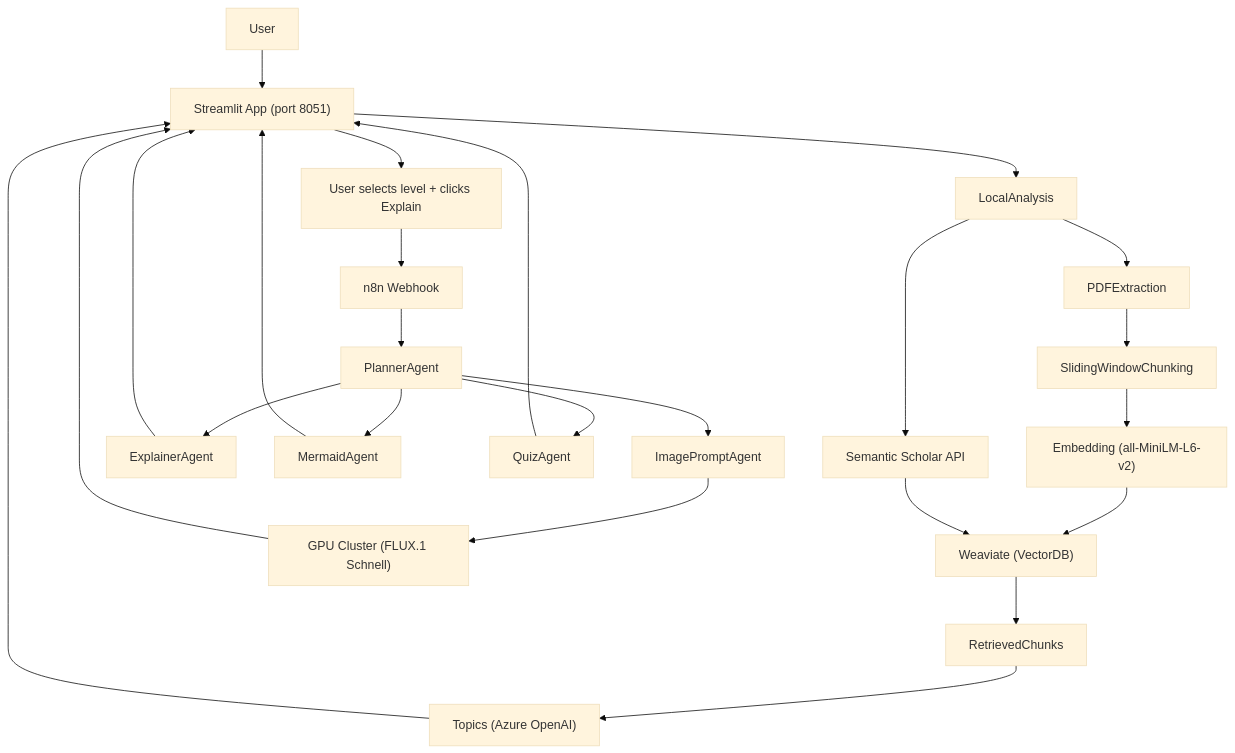
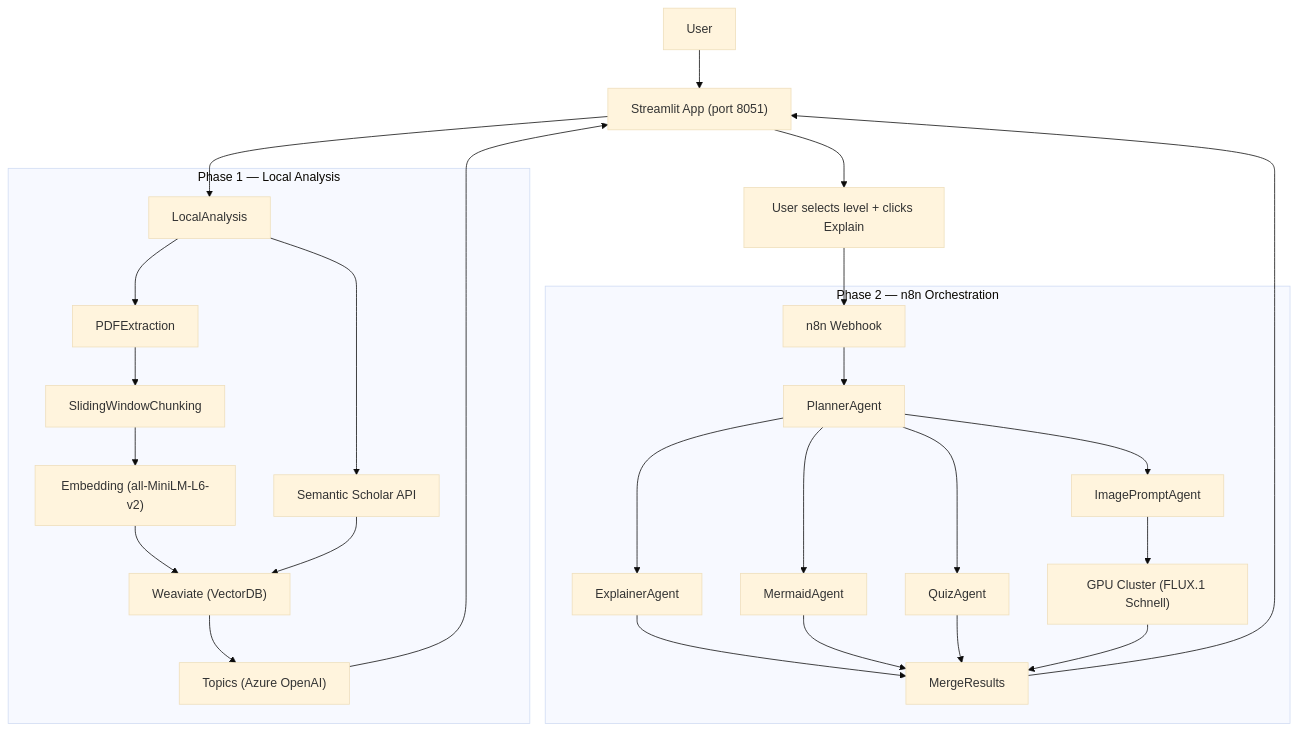
The diagram in README.md (Danispeed/arpx), drawn with Mermaid (base theme) before and after one commit.

Commit message:
docs(readme): restructure architecture diagram with phase subgraphs
Flat graph TD caused MergeResults and return arrows to render off-screen.
Grouped into phase1/phase2 subgraphs so Merge --> UI stays visible.

````diff
--- a/README.md
+++ b/README.md
@@ -22,26 +22,34 @@
 ```mermaid
 graph TD
 User[User] --> UI["Streamlit App (port 8051)"]
-UI --> Analyze[LocalAnalysis]
-Analyze --> Parse[PDFExtraction]
-Parse --> Chunk[SlidingWindowChunking]
-Chunk --> Embed["Embedding (all-MiniLM-L6-v2)"]
-Embed --> WDB["Weaviate (VectorDB)"]
-Analyze --> Scholar["Semantic Scholar API"]
-Scholar --> WDB
-WDB --> Context[RetrievedChunks]
-Context --> Topics["Topics (Azure OpenAI)"]
+UI --> Analyze
+
+subgraph phase1["Phase 1 — Local Analysis"]
+  Analyze[LocalAnalysis] --> Parse[PDFExtraction]
+  Parse --> Chunk[SlidingWindowChunking]
+  Chunk --> Embed["Embedding (all-MiniLM-L6-v2)"]
+  Analyze --> Scholar["Semantic Scholar API"]
+  Embed --> WDB["Weaviate (VectorDB)"]
+  Scholar --> WDB
+  WDB --> Topics["Topics (Azure OpenAI)"]
+end
+
 Topics --> UI
 UI --> LevelSelect["User selects level + clicks Explain"]
-LevelSelect --> N8N["n8n Webhook"]
-N8N --> Planner[PlannerAgent]
-Planner --> Explain[ExplainerAgent]
-Planner --> Diagram[MermaidAgent]
-Planner --> Quiz[QuizAgent]
-Planner --> ImgPrompt[ImagePromptAgent]
-ImgPrompt --> GPU["GPU Cluster (FLUX.1 Schnell)"]
-Explain --> UI
-Diagram --> UI
-Quiz --> UI
-GPU --> UI
+LevelSelect --> Webhook["n8n Webhook"]
+
+subgraph phase2["Phase 2 — n8n Orchestration"]
+  Webhook --> Planner[PlannerAgent]
+  Planner --> Explain[ExplainerAgent]
+  Planner --> Diagram[MermaidAgent]
+  Planner --> Quiz[QuizAgent]
+  Planner --> ImgPrompt[ImagePromptAgent]
+  ImgPrompt --> GPU["GPU Cluster (FLUX.1 Schnell)"]
+  Explain --> Merge[MergeResults]
+  Diagram --> Merge
+  Quiz --> Merge
+  GPU --> Merge
+end
+
+Merge --> UI
 ```
````
